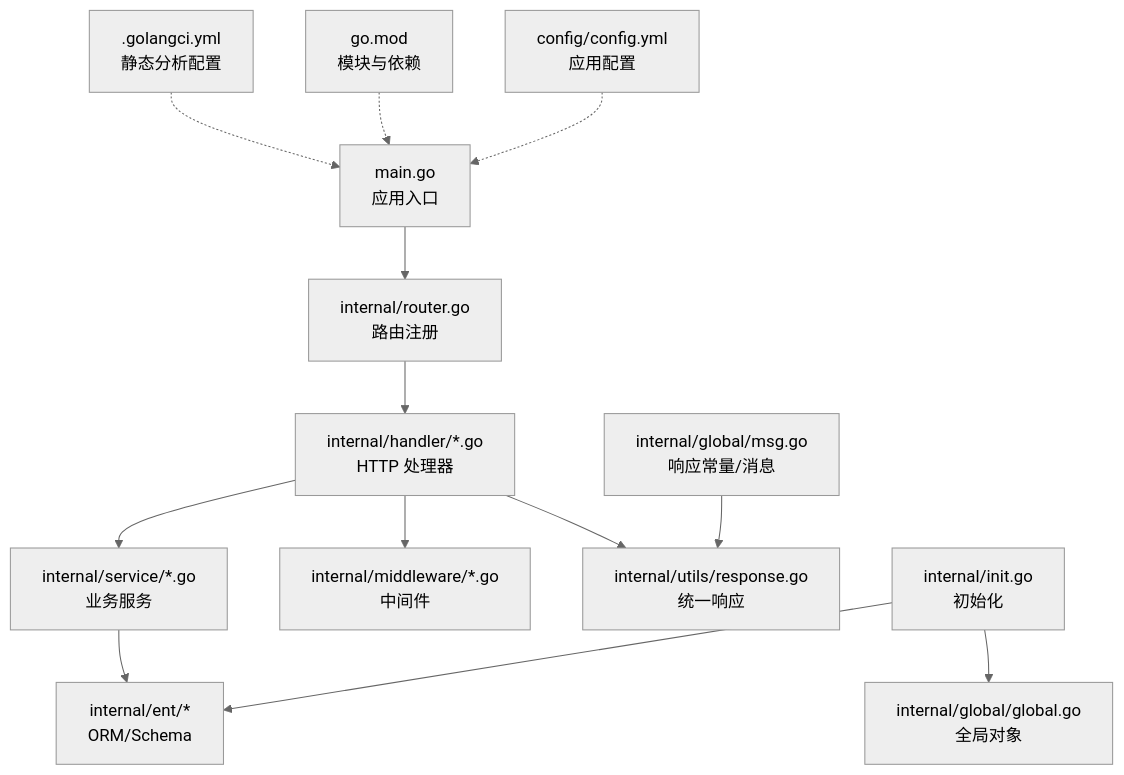
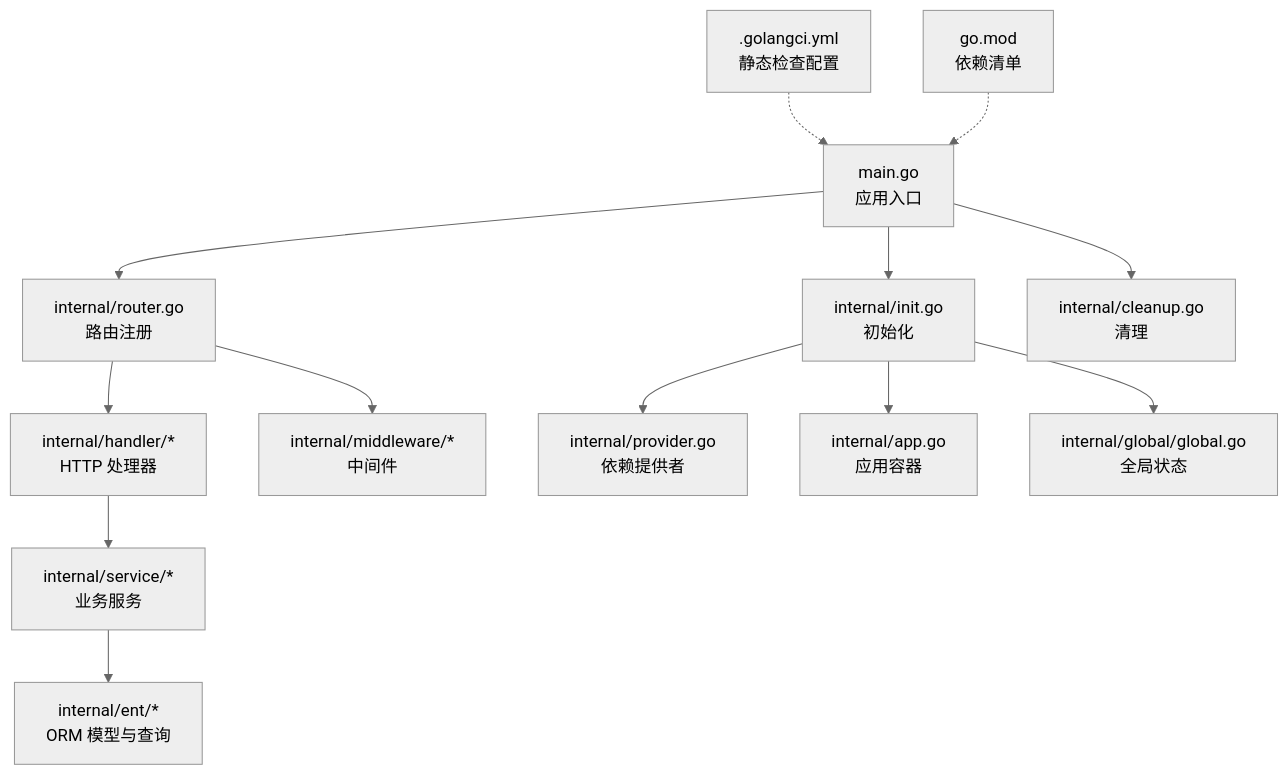
One commit to wuwuseo/e-sports-go-admin changed the first of 6 diagrams in .qoder/repowiki/zh/content/开发指南/代码规范.md. Above: the diagram before and after it, drawn with Mermaid (neutral theme). The commit also changed other lines of this file and 141 other files, not shown here.

````diff
--- a/.qoder/repowiki/zh/content/开发指南/代码规范.md
+++ b/.qoder/repowiki/zh/content/开发指南/代码规范.md
@@ -44,15 +45,15 @@
 ```mermaid
 graph TB
 A["main.go<br/>应用入口"] --> B["internal/router.go<br/>路由注册"]
-B --> C["internal/handler/*.go<br/>HTTP 处理器"]
-C --> D["internal/service/*.go<br/>业务服务"]
-D --> E["internal/ent/*<br/>ORM/Schema"]
-C --> F["internal/middleware/*.go<br/>中间件"]
-C --> G["internal/utils/response.go<br/>统一响应"]
-H["internal/global/msg.go<br/>响应常量/消息"] --> G
-I["internal/init.go<br/>初始化"] --> E
-I --> J["internal/global/global.go<br/>全局对象"]
-K[".golangci.yml<br/>静态分析配置"] -.-> A
-L["go.mod<br/>模块与依赖"] -.-> A
-M["config/config.yml<br/>应用配置"] -.-> A
+A --> C["internal/init.go<br/>初始化"]
+A --> D["internal/cleanup.go<br/>清理"]
+B --> E["internal/handler/*<br/>HTTP 处理器"]
+B --> F["internal/middleware/*<br/>中间件"]
+E --> G["internal/service/*<br/>业务服务"]
+G --> H["internal/ent/*<br/>ORM 模型与查询"]
+C --> I["internal/provider.go<br/>依赖提供者"]
+C --> J["internal/app.go<br/>应用容器"]
+C --> K["internal/global/global.go<br/>全局状态"]
+L[".golangci.yml<br/>静态检查配置"] -.-> A
+M["go.mod<br/>依赖清单"] -.-> A
 ```
````
